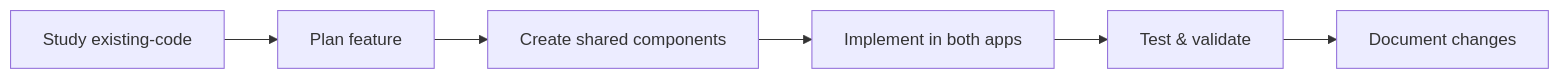
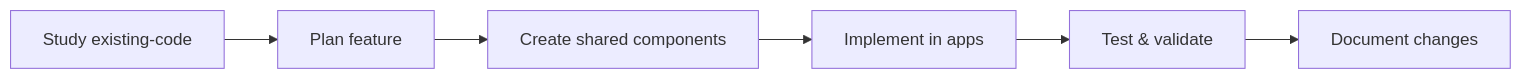
One commit to RemmySpicy/academy-mobile-apps changed the diagram in docs/development/GETTING_STARTED.md. Above: the diagram before and after it, drawn with Mermaid. The commit also changed other lines of this file and 164 other files, not shown here.

````diff
--- a/docs/development/GETTING_STARTED.md
+++ b/docs/development/GETTING_STARTED.md
@@ -118,8 +135,8 @@
 ```mermaid
 graph LR
     A[Study existing-code] --> B[Plan feature]
     B --> C[Create shared components]
-    C --> D[Implement in both apps]
+    C --> D[Implement in apps]
     D --> E[Test & validate]
     E --> F[Document changes]
 ```
````
